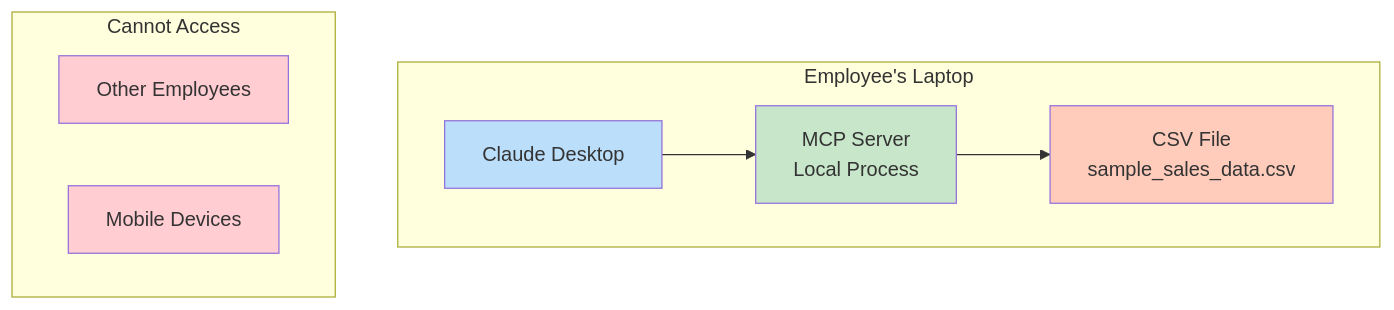
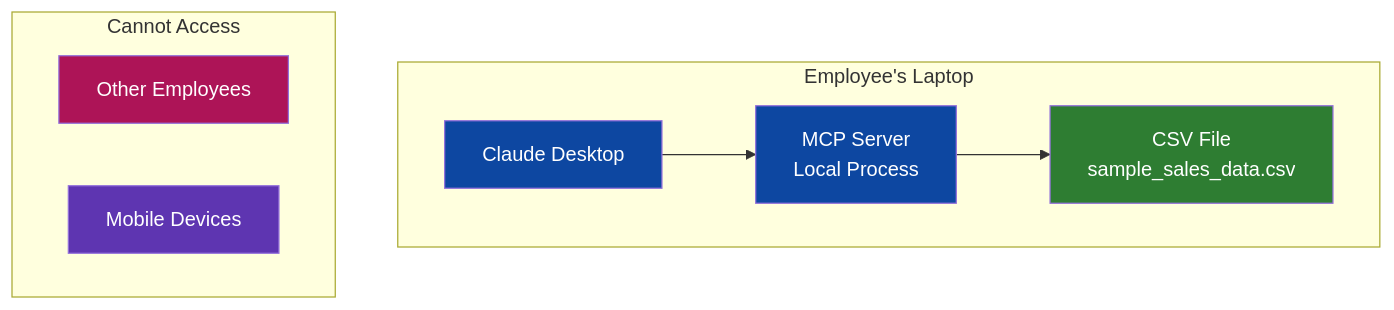
Before and after one commit to SamyamoyRakshitSigmoid/MCP-Exploration: the second of 15 diagrams in AWS_DEPLOYMENT_EXECUTIVE_GUIDE.md, drawn with Mermaid.

Commit message:
style: Update diagram colors for improved visibility and consistency

````diff
--- a/AWS_DEPLOYMENT_EXECUTIVE_GUIDE.md
+++ b/AWS_DEPLOYMENT_EXECUTIVE_GUIDE.md
@@ -76,18 +76,18 @@
 ```mermaid
 graph TB
     subgraph "Employee's Laptop"
         A[Claude Desktop] --> B[MCP Server<br/>Local Process]
         B --> C[CSV File<br/>sample_sales_data.csv]
     end
     
     subgraph "Cannot Access"
         D[Other Employees]
         E[Mobile Devices]
     end
     
-    style A fill:#bbdefb
-    style B fill:#c8e6c9
-    style C fill:#ffccbc
-    style D fill:#ffcdd2
-    style E fill:#ffcdd2
+    style A fill:#0d47a1,color:#fff
+    style B fill:#0d47a1,color:#fff
+    style C fill:#2e7d32,color:#fff
+    style D fill:#ad1457,color:#fff
+    style E fill:#5e35b1,color:#fff
 ```
````
